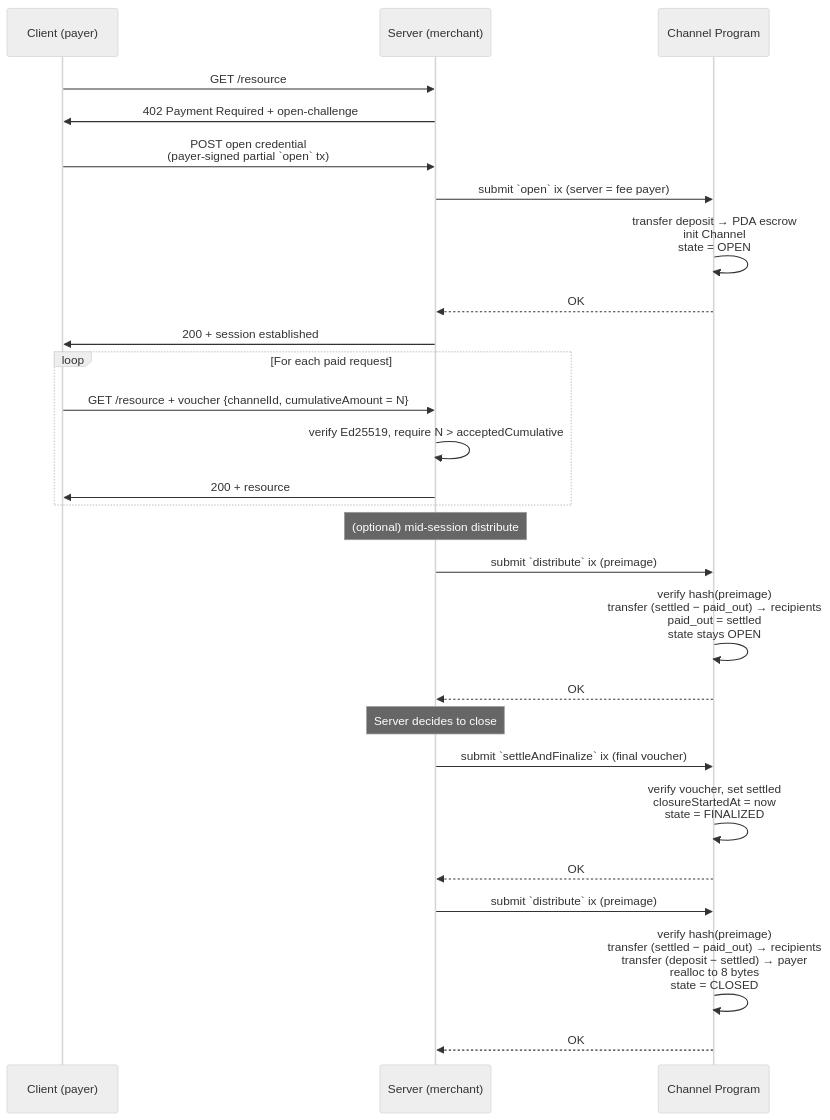
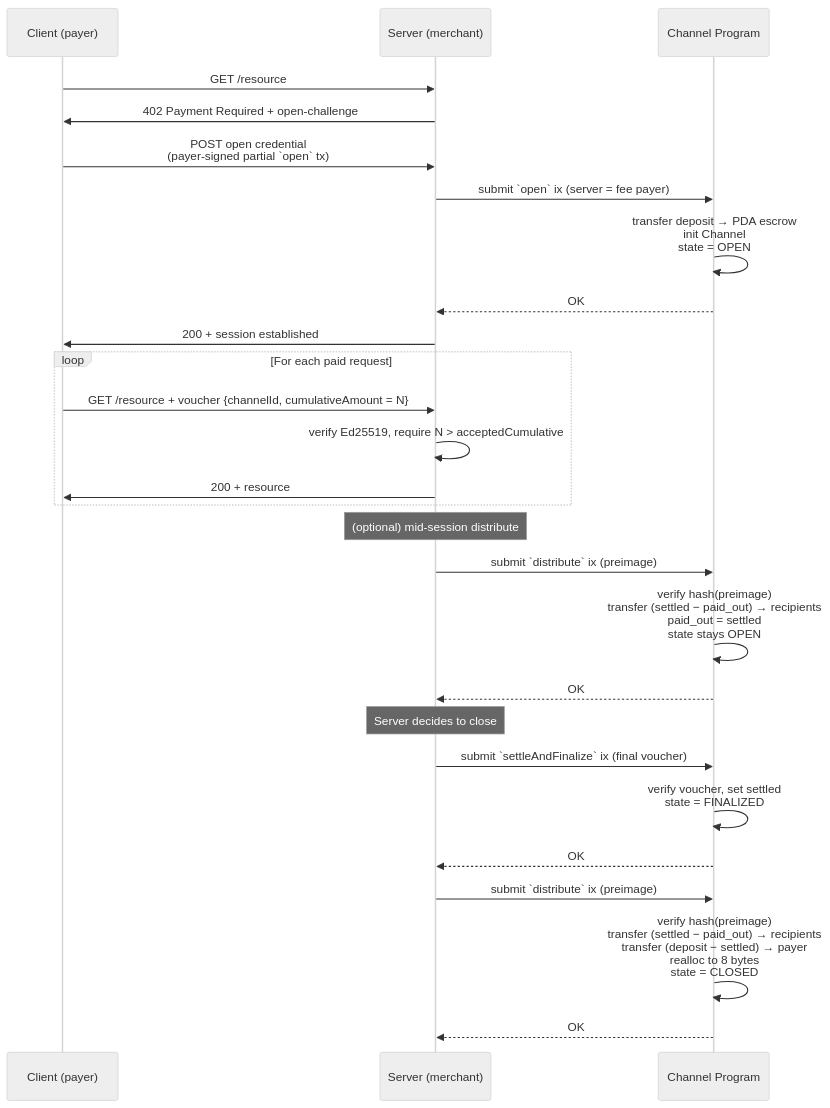
The first of 2 diagrams in docs/002-http-protocol.md (solana-foundation/payment-channels), drawn with Mermaid (neutral theme) before and after one commit. The commit also changed other lines of this file and 8 other files, not shown here.

Commit message:
chore: remove withdraw_payee ix and flow

````diff
--- a/docs/002-http-protocol.md
+++ b/docs/002-http-protocol.md
@@ -72,35 +71,35 @@
 ```mermaid
 sequenceDiagram
     participant C as Client (payer)
     participant S as Server (merchant)
     participant P as Channel Program
 
     C->>S: GET /resource
     S->>C: 402 Payment Required + open-challenge
 
     C->>S: POST open credential<br/>(payer-signed partial `open` tx)
     S->>P: submit `open` ix (server = fee payer)
     P->>P: transfer deposit → PDA escrow<br/>init Channel<br/>state = OPEN
     P-->>S: OK
     S->>C: 200 + session established
 
     loop For each paid request
         C->>S: GET /resource + voucher {channelId, cumulativeAmount = N}
         S->>S: verify Ed25519, require N > acceptedCumulative
         S->>C: 200 + resource
     end
 
     Note over S: (optional) mid-session distribute
     S->>P: submit `distribute` ix (preimage)
     P->>P: verify hash(preimage)<br/>transfer (settled − paid_out) → recipients<br/>paid_out = settled<br/>state stays OPEN
     P-->>S: OK
 
     Note over S: Server decides to close
     S->>P: submit `settleAndFinalize` ix (final voucher)
-    P->>P: verify voucher, set settled<br/>closureStartedAt = now<br/>state = FINALIZED
+    P->>P: verify voucher, set settled<br/>state = FINALIZED
     P-->>S: OK
 
     S->>P: submit `distribute` ix (preimage)
     P->>P: verify hash(preimage)<br/>transfer (settled − paid_out) → recipients<br/>transfer (deposit − settled) → payer<br/>realloc to 8 bytes<br/>state = CLOSED
     P-->>S: OK
 ```
````
